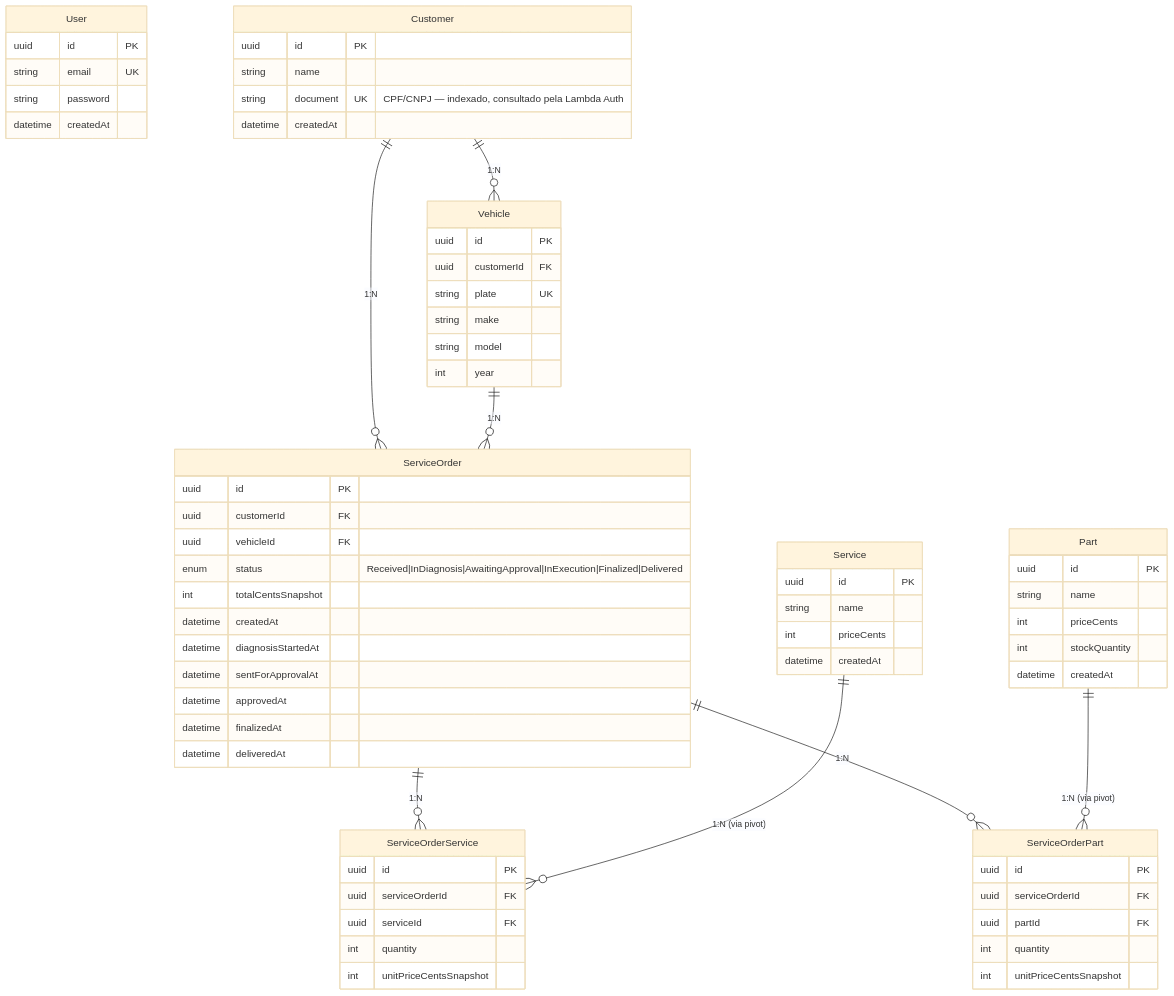
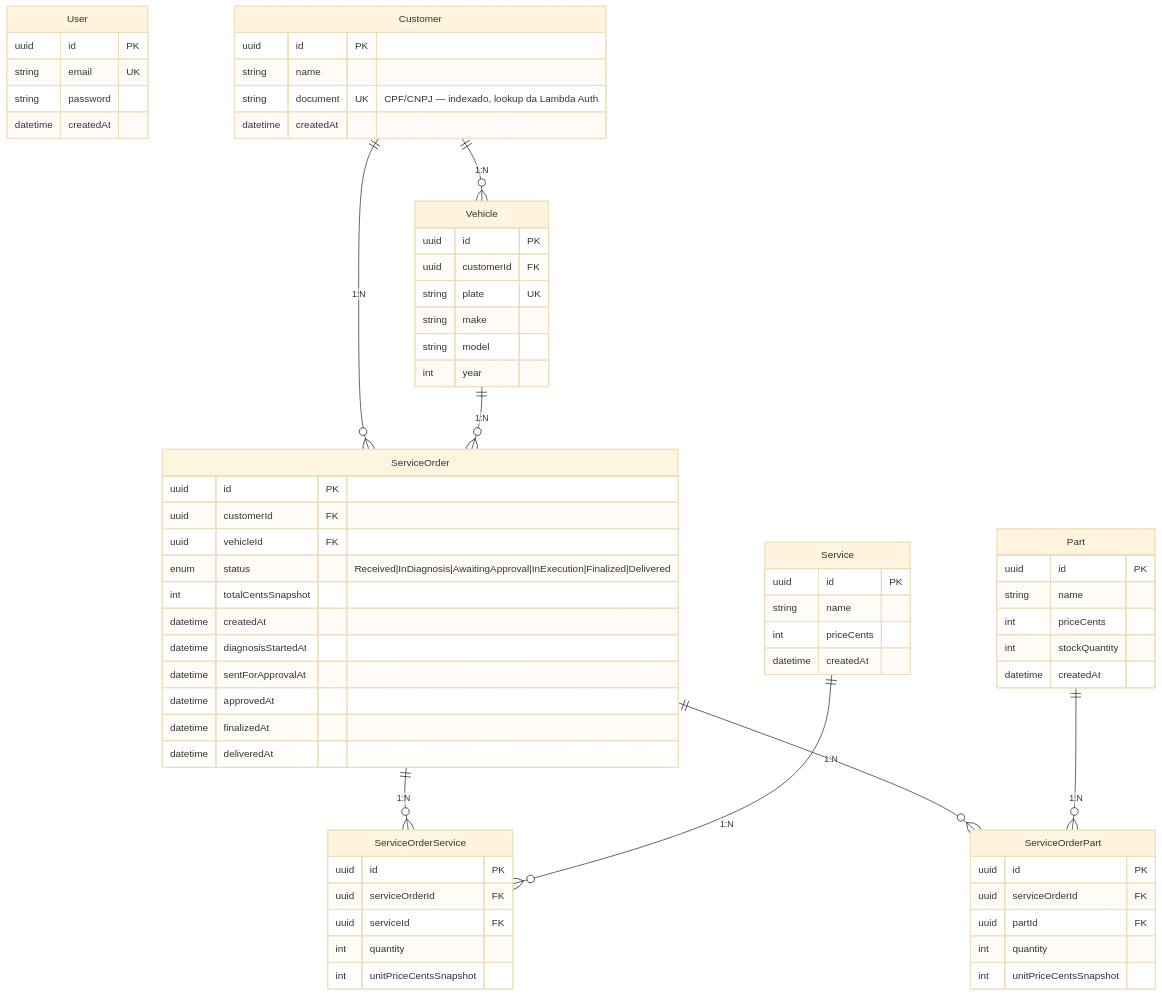
Before and after one commit to JairNunes/repo-app: the diagram in docs/architecture/er-diagram.md, drawn with Mermaid (base theme). The commit also changed other lines of this file and 18 other files, not shown here.

Commit message:
docs: refactor readme, architecture, rfcs and adrs

````diff
--- a/docs/architecture/er-diagram.md
+++ b/docs/architecture/er-diagram.md
@@ -7,78 +5,78 @@
 ```mermaid
 erDiagram
     User {
         uuid id PK
         string email UK
         string password
         datetime createdAt
     }
 
     Customer {
         uuid id PK
         string name
-        string document UK "CPF/CNPJ — indexado, consultado pela Lambda Auth"
+        string document UK "CPF/CNPJ — indexado, lookup da Lambda Auth"
         datetime createdAt
     }
 
     Vehicle {
         uuid id PK
         uuid customerId FK
         string plate UK
         string make
         string model
         int year
     }
 
     ServiceOrder {
         uuid id PK
         uuid customerId FK
         uuid vehicleId FK
         enum status "Received|InDiagnosis|AwaitingApproval|InExecution|Finalized|Delivered"
         int totalCentsSnapshot
         datetime createdAt
         datetime diagnosisStartedAt
         datetime sentForApprovalAt
         datetime approvedAt
         datetime finalizedAt
         datetime deliveredAt
     }
 
     ServiceOrderService {
         uuid id PK
         uuid serviceOrderId FK
         uuid serviceId FK
         int quantity
         int unitPriceCentsSnapshot
     }
 
     ServiceOrderPart {
         uuid id PK
         uuid serviceOrderId FK
         uuid partId FK
         int quantity
         int unitPriceCentsSnapshot
     }
 
     Service {
         uuid id PK
         string name
         int priceCents
         datetime createdAt
     }
 
     Part {
         uuid id PK
         string name
         int priceCents
         int stockQuantity
         datetime createdAt
     }
 
     Customer ||--o{ Vehicle : "1:N"
     Customer ||--o{ ServiceOrder : "1:N"
     Vehicle ||--o{ ServiceOrder : "1:N"
     ServiceOrder ||--o{ ServiceOrderService : "1:N"
     ServiceOrder ||--o{ ServiceOrderPart : "1:N"
-    Service ||--o{ ServiceOrderService : "1:N (via pivot)"
-    Part ||--o{ ServiceOrderPart : "1:N (via pivot)"
+    Service ||--o{ ServiceOrderService : "1:N"
+    Part ||--o{ ServiceOrderPart : "1:N"
 ```
````
